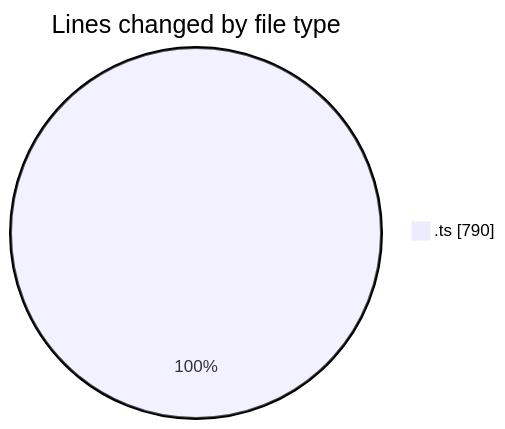
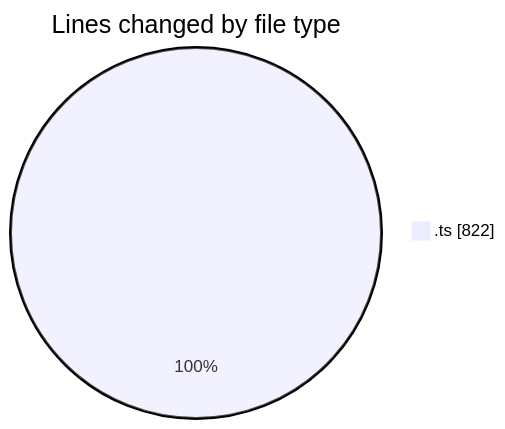
Before and after one commit to momahboobian/code-tracking: the first of 2 diagrams in 2025-08-11/cda/README.md, drawn with Mermaid. The commit also changed other lines of this file and 1 other file, not shown here.

````diff
--- a/2025-08-11/cda/README.md
+++ b/2025-08-11/cda/README.md
@@ -22,5 +22,5 @@
 ```mermaid
 pie showData
 title Lines changed by file type
-".ts" : 790
+".ts" : 822
 ```
````
